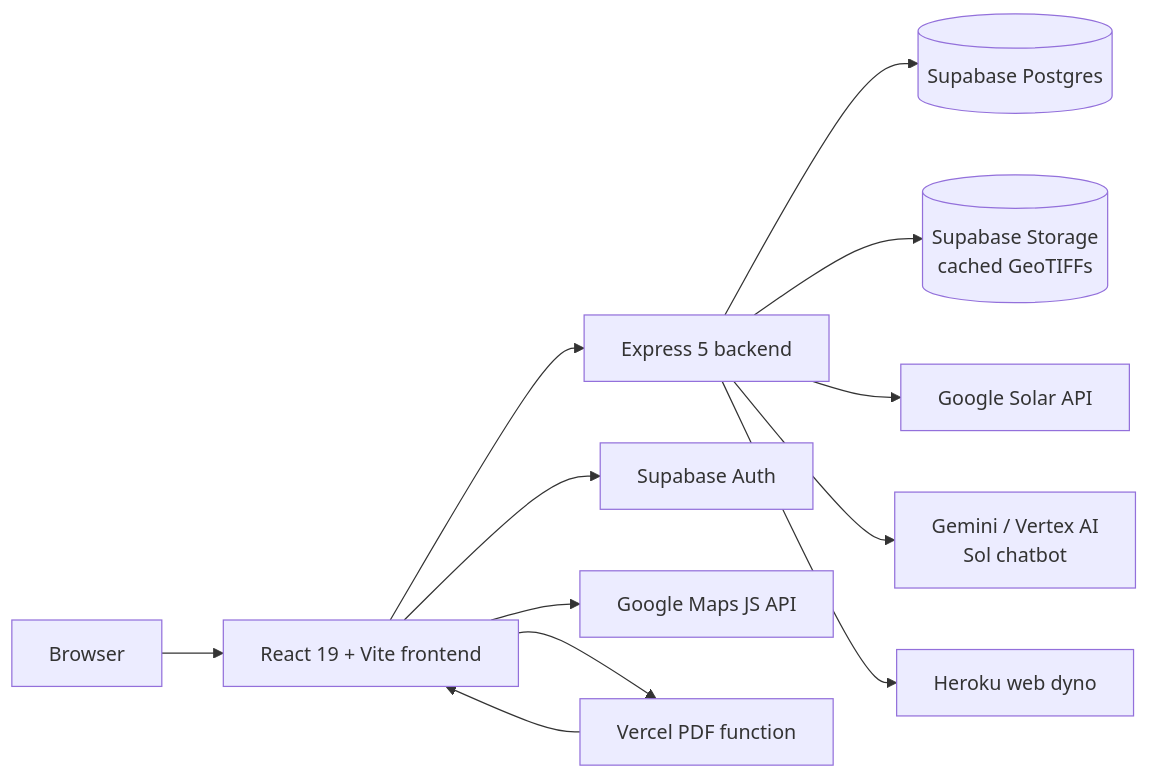
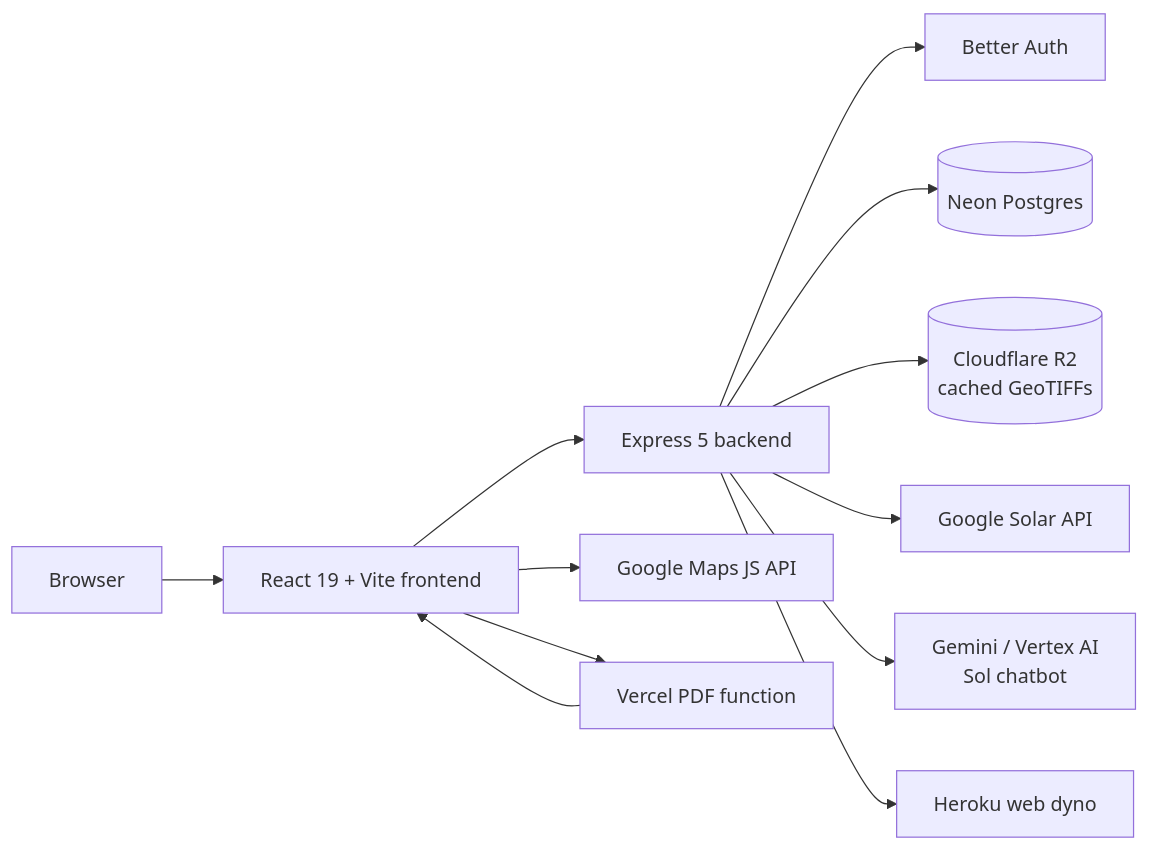
Before and after one commit to AlaskanTuna/SolarSim: the first of 5 diagrams in README.md, drawn with Mermaid. The commit also changed other lines of this file and 31 other files, not shown here.

````diff
--- a/README.md
+++ b/README.md
@@ -134,14 +135,14 @@
 ```mermaid
 flowchart LR
     Browser[Browser] --> Frontend[React 19 + Vite frontend]
     Frontend --> Backend[Express 5 backend]
-    Frontend --> Supabase[Supabase Auth]
-    Backend --> Postgres[(Supabase Postgres)]
-    Backend --> Storage[(Supabase Storage<br/>cached GeoTIFFs)]
+    Backend --> Auth[Better Auth]
+    Backend --> Postgres[(Neon Postgres)]
+    Backend --> Storage[(Cloudflare R2<br/>cached GeoTIFFs)]
     Backend --> Solar[Google Solar API]
     Backend --> Gemini[Gemini / Vertex AI<br/>Sol chatbot]
     Frontend --> Maps[Google Maps JS API]
     Frontend --> PdfFn[Vercel PDF function]
     PdfFn --> Frontend
     Backend --> Heroku[Heroku web dyno]
 ```
````
